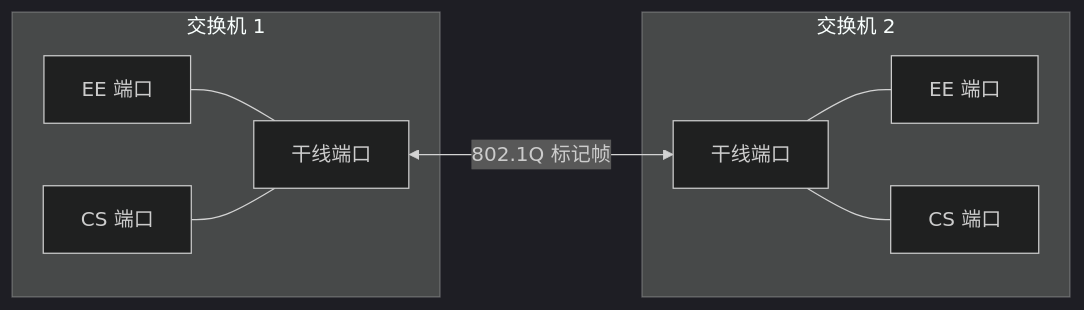
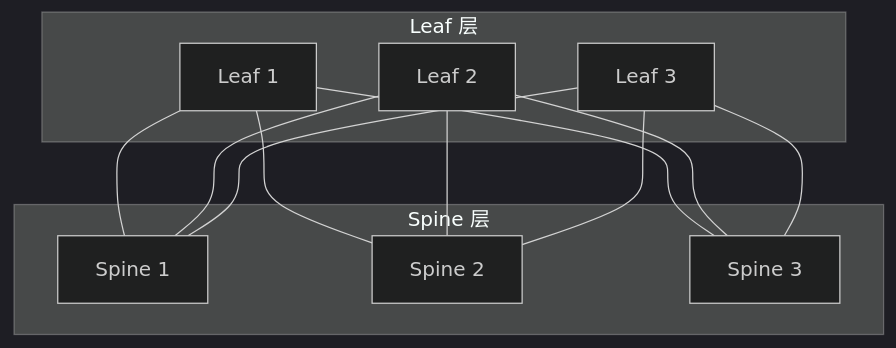
One commit to Meer-Matze/Meer-Matze.github.io changed diagram 11 of 13 in src/content/posts/链路层和局域网.md. Above: the diagram before and after it, drawn with Mermaid (dark theme). The commit also changed other lines of this file, not shown here.

````diff
--- a/src/content/posts/链路层和局域网.md
+++ b/src/content/posts/链路层和局域网.md
@@ -916,18 +1188,22 @@
 ```mermaid
-flowchart LR
-subgraph SW1["交换机 1"]
-    EE1["EE 端口"]
-    CS1["CS 端口"]
-    T1["干线端口"]
-end
-subgraph SW2["交换机 2"]
-    T2["干线端口"]
-    EE2["EE 端口"]
-    CS2["CS 端口"]
-end
-EE1 --- T1
-CS1 --- T1
-T1 <-->|"802.1Q 标记帧"| T2
-T2 --- EE2
-T2 --- CS2
+flowchart TB
+    subgraph LEAF["Leaf 层"]
+        L1["Leaf 1"]
+        L2["Leaf 2"]
+        L3["Leaf 3"]
+    end
+    subgraph SPINE["Spine 层"]
+        S1["Spine 1"]
+        S2["Spine 2"]
+        S3["Spine 3"]
+    end
+    L1 --- S1
+    L1 --- S2
+    L1 --- S3
+    L2 --- S1
+    L2 --- S2
+    L2 --- S3
+    L3 --- S1
+    L3 --- S2
+    L3 --- S3
 ```
````
